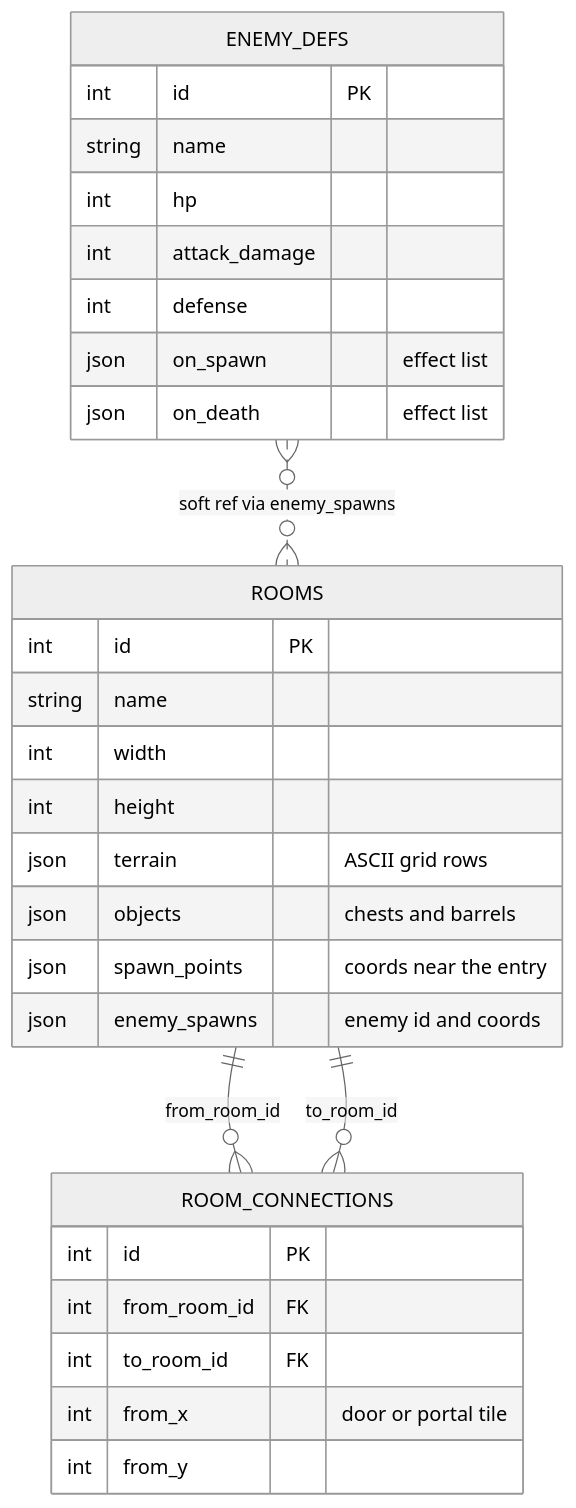
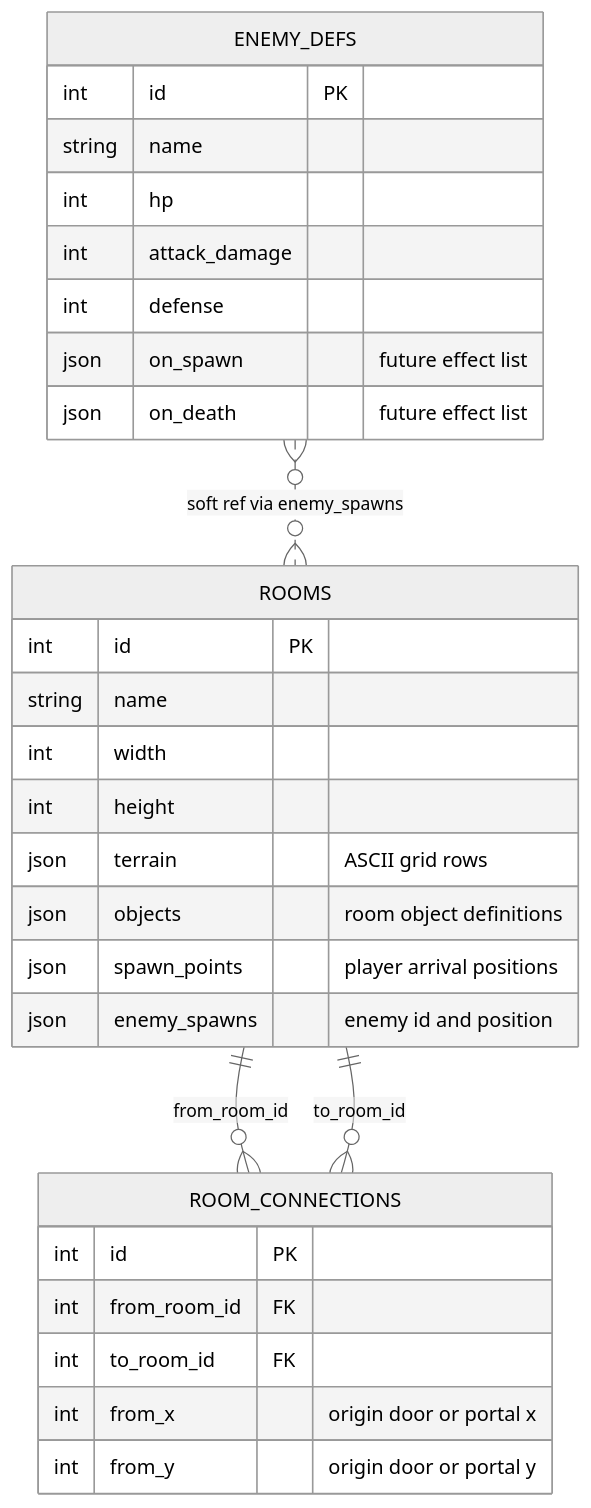
The first of 2 diagrams in docs/DB_SCHEMA.md (GoldenWind8/roguelike-mvp), drawn with Mermaid (neutral theme) before and after one commit. The commit also changed other lines of this file and 9 other files, not shown here.

Commit message:
Clarify project docs and exploration roadmap

````diff
--- a/docs/DB_SCHEMA.md
+++ b/docs/DB_SCHEMA.md
@@ -20,33 +18,35 @@
 ```mermaid
 erDiagram
     ROOMS ||--o{ ROOM_CONNECTIONS : "from_room_id"
     ROOMS ||--o{ ROOM_CONNECTIONS : "to_room_id"
     ENEMY_DEFS }o..o{ ROOMS : "soft ref via enemy_spawns"
 
     ROOMS {
         int id PK
         string name
         int width
         int height
         json terrain "ASCII grid rows"
-        json objects "chests and barrels"
-        json spawn_points "coords near the entry"
-        json enemy_spawns "enemy id and coords"
+        json objects "room object definitions"
+        json spawn_points "player arrival positions"
+        json enemy_spawns "enemy id and position"
     }
+
     ROOM_CONNECTIONS {
         int id PK
         int from_room_id FK
         int to_room_id FK
-        int from_x "door or portal tile"
-        int from_y
+        int from_x "origin door or portal x"
+        int from_y "origin door or portal y"
     }
+
     ENEMY_DEFS {
         int id PK
         string name
         int hp
         int attack_damage
         int defense
-        json on_spawn "effect list"
-        json on_death "effect list"
+        json on_spawn "future effect list"
+        json on_death "future effect list"
     }
 ```
````
